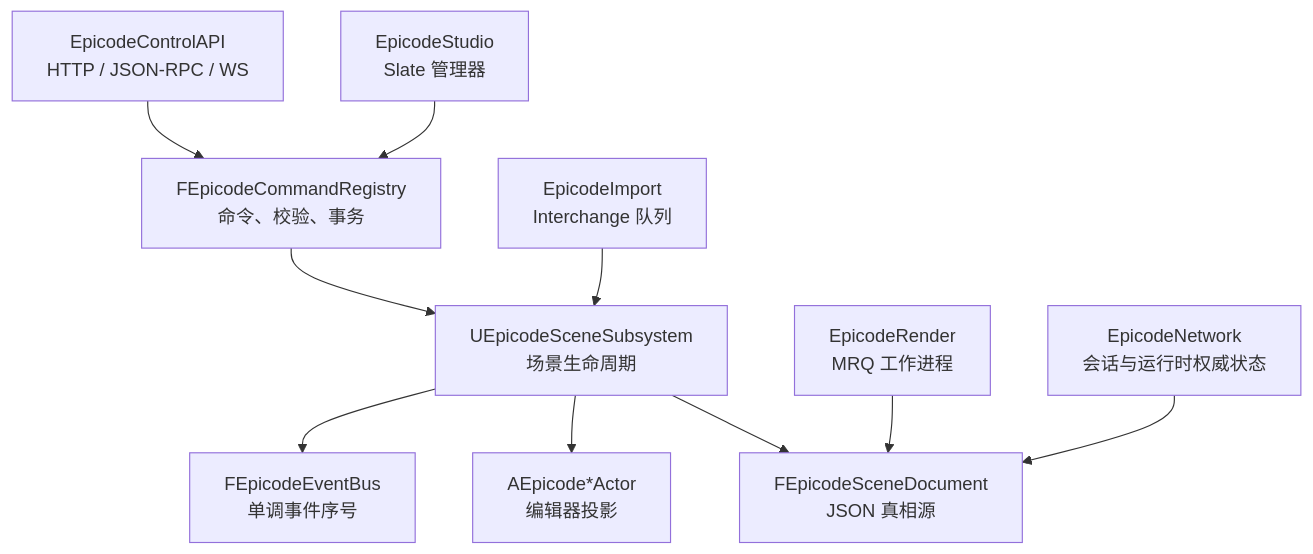
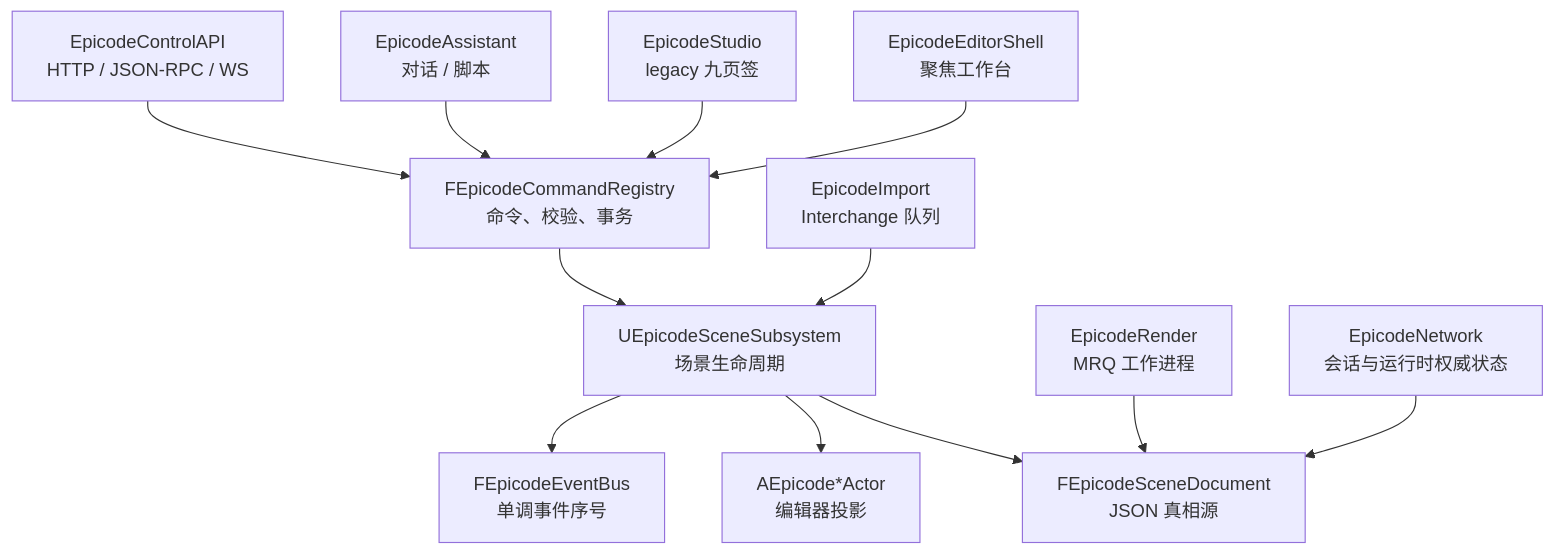
The first of 3 diagrams in Docs/Architecture.md (orlfly/epicode), drawn with Mermaid before and after one commit. The commit also changed other lines of this file and 11 other files, not shown here.

````diff
--- a/Docs/Architecture.md
+++ b/Docs/Architecture.md
@@ -9,12 +9,14 @@
 ```mermaid
 flowchart TB
-  UI["EpicodeStudio<br/>Slate 管理器"] --> Registry
+  UI["EpicodeEditorShell<br/>聚焦工作台"] --> Registry
+  Legacy["EpicodeStudio<br/>legacy 九页签"] --> Registry
+  Chat["EpicodeAssistant<br/>对话 / 脚本"] --> Registry
   HTTP["EpicodeControlAPI<br/>HTTP / JSON-RPC / WS"] --> Registry
   Registry["FEpicodeCommandRegistry<br/>命令、校验、事务"] --> Scene["UEpicodeSceneSubsystem<br/>场景生命周期"]
   Scene --> Doc["FEpicodeSceneDocument<br/>JSON 真相源"]
   Scene --> Actors["AEpicode*Actor<br/>编辑器投影"]
   Scene --> Events["FEpicodeEventBus<br/>单调事件序号"]
   Import["EpicodeImport<br/>Interchange 队列"] --> Scene
   Render["EpicodeRender<br/>MRQ 工作进程"] --> Doc
   Network["EpicodeNetwork<br/>会话与运行时权威状态"] --> Doc
 ```
````
